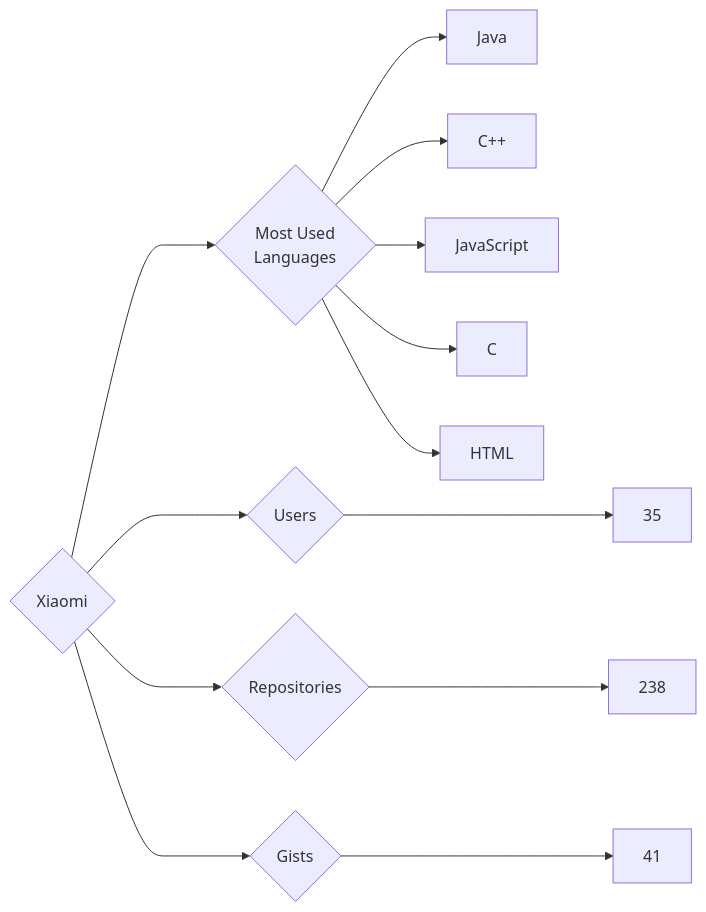
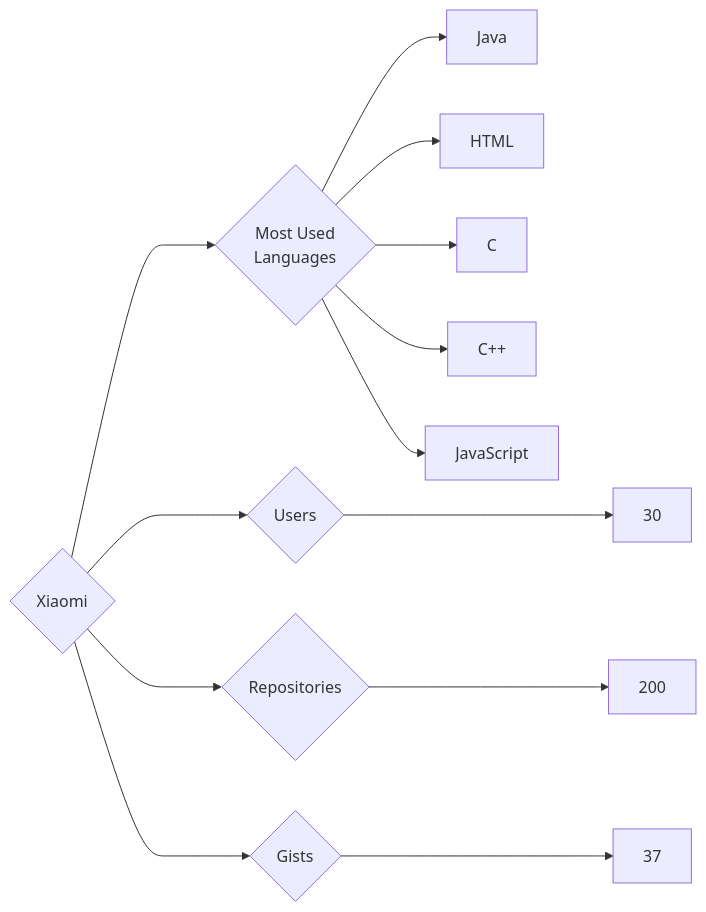
One commit to trickest/insiders changed the diagram in targets/Xiaomi/README.md. Above: the diagram before and after it, drawn with Mermaid. The commit also changed 814 other files, not shown here.

````diff
--- a/targets/Xiaomi/README.md
+++ b/targets/Xiaomi/README.md
@@ -3,13 +3,13 @@
 ```mermaid
 graph LR
 COMPANY_NAME{Xiaomi}
-COMPANY_NAME ---> U{Users} ---> UN[35]
-COMPANY_NAME ---> R{Repositories} ---> RN[238]
-COMPANY_NAME ---> G{Gists} ---> GN[41]
+COMPANY_NAME ---> U{Users} ---> UN[30]
+COMPANY_NAME ---> R{Repositories} ---> RN[200]
+COMPANY_NAME ---> G{Gists} ---> GN[37]
 COMPANY_NAME ---> ML{Most Used<br>Languages}
 ML --> Java[Java]
+ML --> HTML[HTML]
+ML --> C[C]
 ML --> C++[C++]
 ML --> JavaScript[JavaScript]
-ML --> C[C]
-ML --> HTML[HTML]
 ```
````
